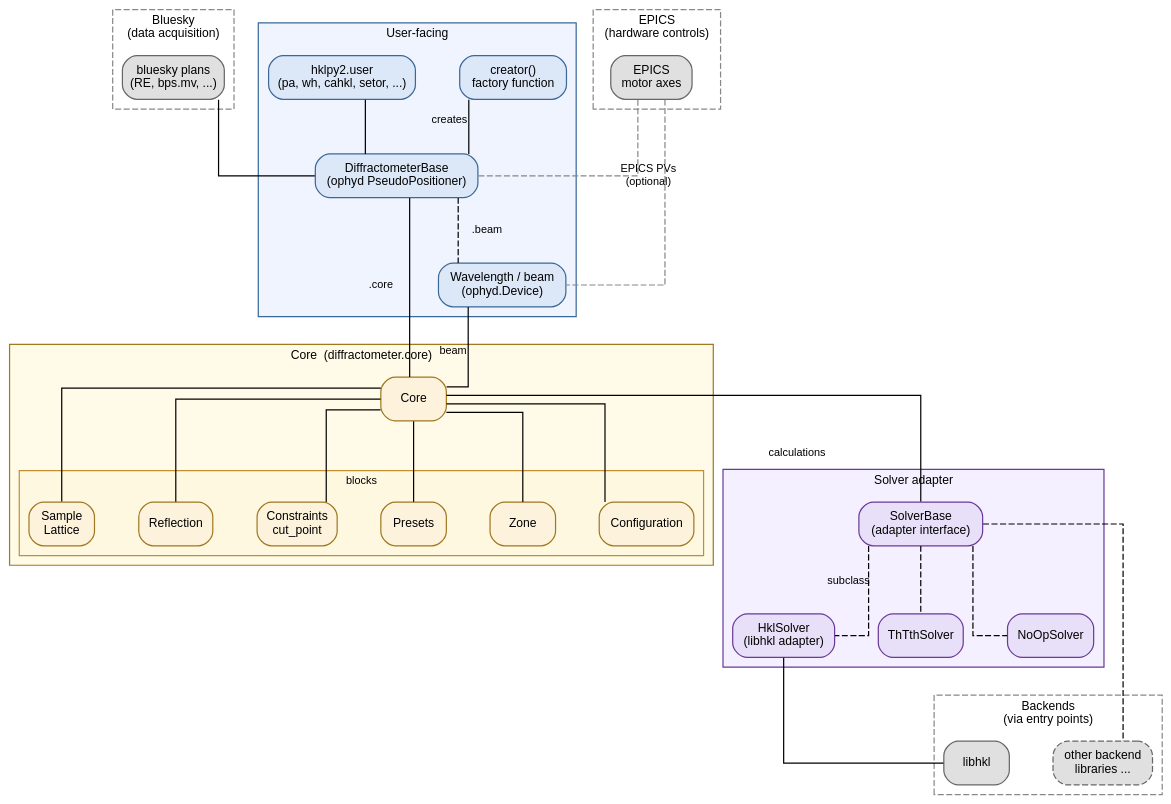
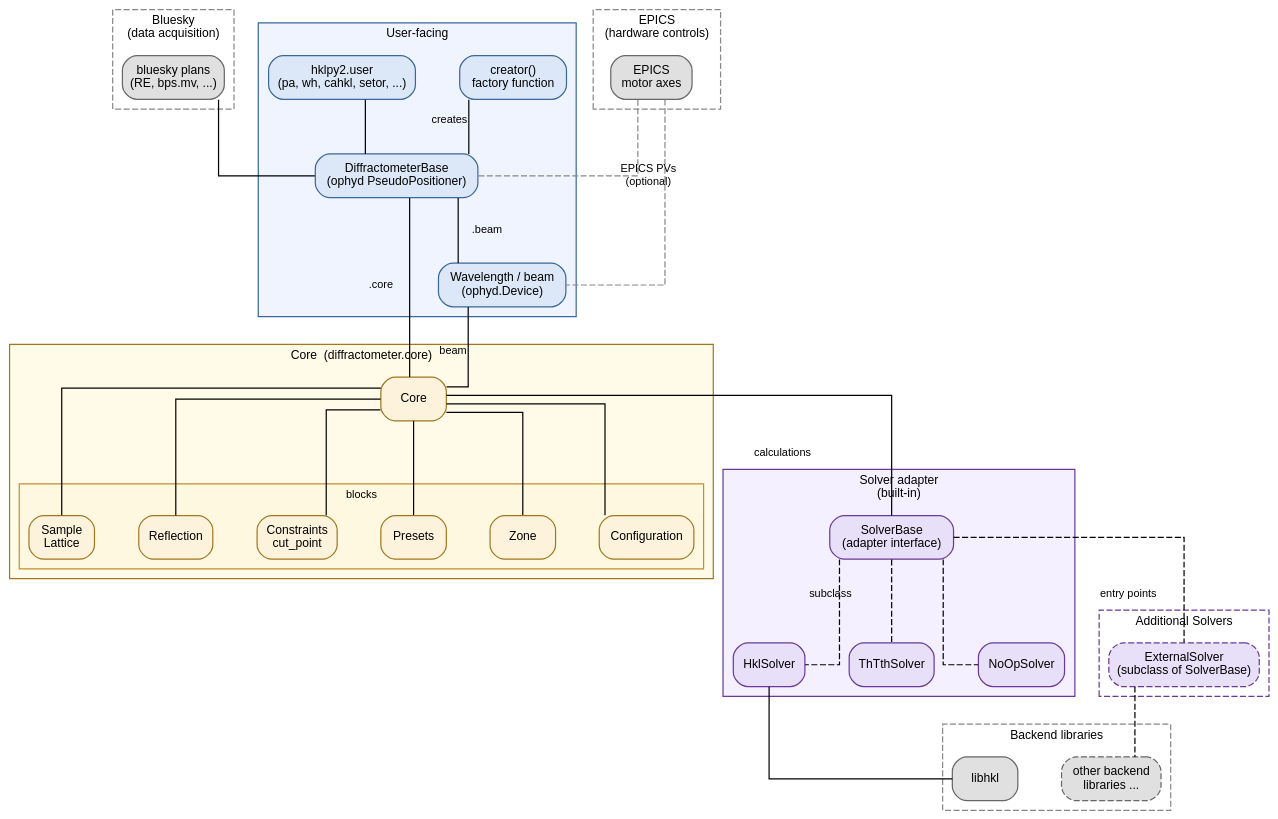
The diagram in docs/source/concepts/__overview.rst (bluesky/hklpy2), drawn with Graphviz before and after one commit.

Commit message:
docs #296 finalise architecture diagram
Rename 'Additional solvers' cluster; add 'entry points' label on
SolverBase->ExternalSolver connection; make DiffractometerBase->.beam
connection solid (it is a direct ophyd component, not optional).
Agent: OpenCode (claudeopus46)

```diff
--- a/docs/source/concepts/__overview.rst
+++ b/docs/source/concepts/__overview.rst
@@ -106,7 +106,7 @@
         }
 
         subgraph cluster_solver {
-            label="Solver adapter"
+            label="Solver adapter\n(built-in)"
             style=filled
             fillcolor="#f4f0ff"
             color="#6a3a98"
@@ -115,12 +115,24 @@
 
             solverbase   [label="SolverBase\n(adapter interface)",
                           fillcolor="#e8e0f8", color="#6a3a98"]
-            hklsolver    [label="HklSolver\n(libhkl adapter)",
+            hklsolver    [label="HklSolver",
                           fillcolor="#e8e0f8", color="#6a3a98"]
             thttthsolver [label="ThTthSolver",
                           fillcolor="#e8e0f8", color="#6a3a98"]
             noopsolver   [label="NoOpSolver",
                           fillcolor="#e8e0f8", color="#6a3a98"]
+        }
+
+        subgraph cluster_ext_solver {
+            label="Additional Solvers"
+            style=dashed
+            color="#6a3a98"
+            fontname="sans-serif"
+            fontsize=10
+
+            extsolver [label="ExternalSolver\n(subclass of SolverBase)",
+                       fillcolor="#e8e0f8", color="#6a3a98",
+                       style="rounded,filled,dashed"]
         }
 
         subgraph cluster_epics {
@@ -135,7 +147,7 @@
         }
 
         subgraph cluster_backend {
-            label="Backends\n(via entry points)"
+            label="Backend libraries"
             style=dashed
             color="#888888"
             fontname="sans-serif"
@@ -154,7 +166,7 @@
                                   style=dashed, color="#888888"]
         creator    -> diffract   [xlabel="creates"]
         usermod    -> diffract
-        diffract   -> wavelength [style=dashed, label=".beam"]
+        diffract   -> wavelength [label=".beam"]
 
         diffract   -> core       [label=".core"]
         wavelength -> core       [xlabel="beam"]
@@ -169,6 +181,7 @@
         solverbase -> hklsolver    [style=dashed, label="subclass"]
         solverbase -> thttthsolver [style=dashed]
         solverbase -> noopsolver   [style=dashed]
+        solverbase -> extsolver    [style=dashed, label="entry points"]
         hklsolver  -> libhkl
-        solverbase -> otherbk      [style=dashed]
+        extsolver  -> otherbk      [style=dashed]
     }
```
